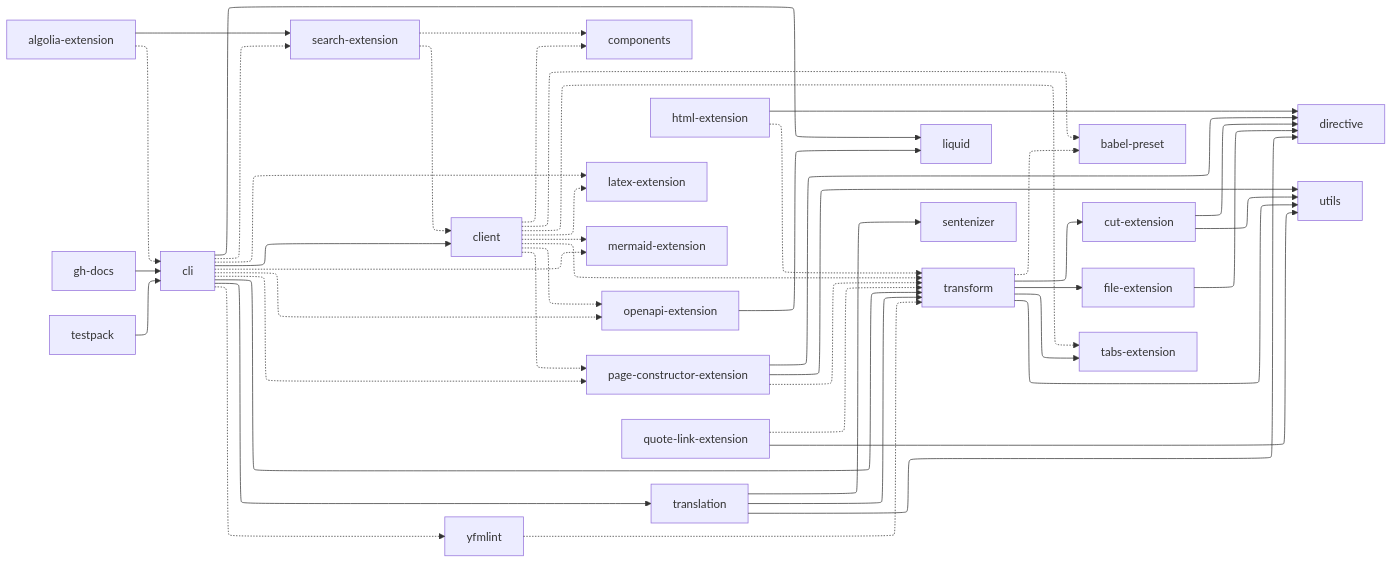
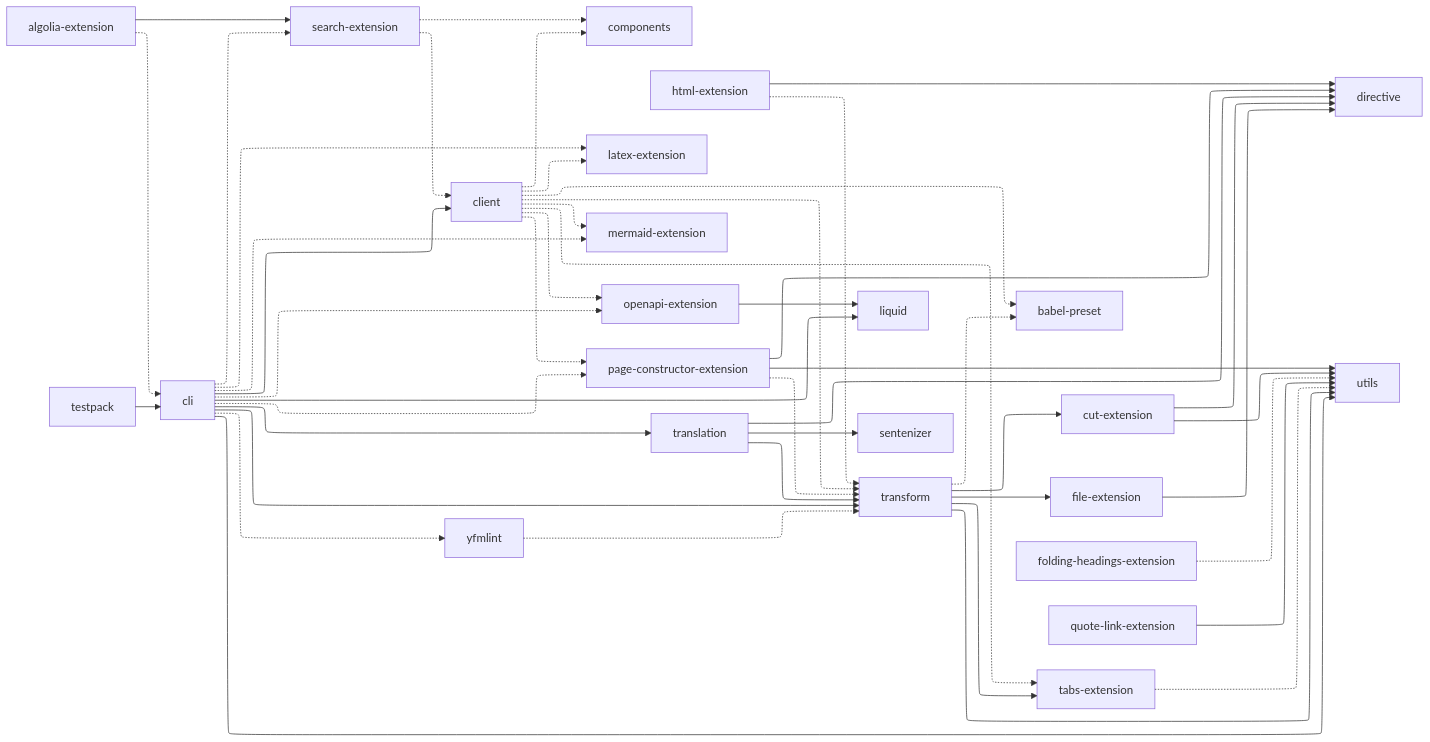
Before and after one commit to diplodoc-platform/diplodoc: the diagram in PULSE.md, drawn with Mermaid. The commit also changed other lines of this file and 1 other file, not shown here.

```diff
--- a/PULSE.md
+++ b/PULSE.md
@@ -82,7 +85,7 @@
   cut-extension["cut-extension"]
   directive["directive"]
   file-extension["file-extension"]
-  gh-docs["gh-docs"]
+  folding-headings-extension["folding-headings-extension"]
   html-extension["html-extension"]
   latex-extension["latex-extension"]
   liquid["liquid"]
@@ -98,10 +101,10 @@
   translation["translation"]
   utils["utils"]
   yfmlint["yfmlint"]
+  folding-headings-extension -.-> utils
   page-constructor-extension -.-> transform
   page-constructor-extension --> directive
   page-constructor-extension --> utils
-  quote-link-extension -.-> transform
   quote-link-extension --> utils
   translation --> directive
   translation --> sentenizer
@@ -116,7 +119,6 @@
   transform --> utils
   search-extension -.-> client
   search-extension -.-> components
-  gh-docs --> cli
   yfmlint -.-> transform
   client -.-> babel-preset
   client -.-> components
@@ -129,6 +131,7 @@
   file-extension --> directive
   html-extension -.-> transform
   html-extension --> directive
+  tabs-extension -.-> utils
   testpack --> cli
   cut-extension --> directive
   cut-extension --> utils
@@ -142,6 +145,7 @@
   cli --> liquid
   cli --> transform
   cli --> translation
+  cli --> utils
   click algolia-extension href "https://github.com/diplodoc-platform/algolia-extension"
   click babel-preset href "https://github.com/diplodoc-platform/babel-preset"
   click cli href "https://github.com/diplodoc-platform/cli"
@@ -150,6 +154,7 @@
   click cut-extension href "https://github.com/diplodoc-platform/cut-extension"
   click directive href "https://github.com/diplodoc-platform/directive"
   click file-extension href "https://github.com/diplodoc-platform/file-extension"
+  click folding-headings-extension href "https://github.com/diplodoc-platform/folding-headings-extension"
   click html-extension href "https://github.com/diplodoc-platform/html-extension"
   click latex-extension href "https://github.com/diplodoc-platform/latex-extension"
   click liquid href "https://github.com/diplodoc-platform/liquid"
```
